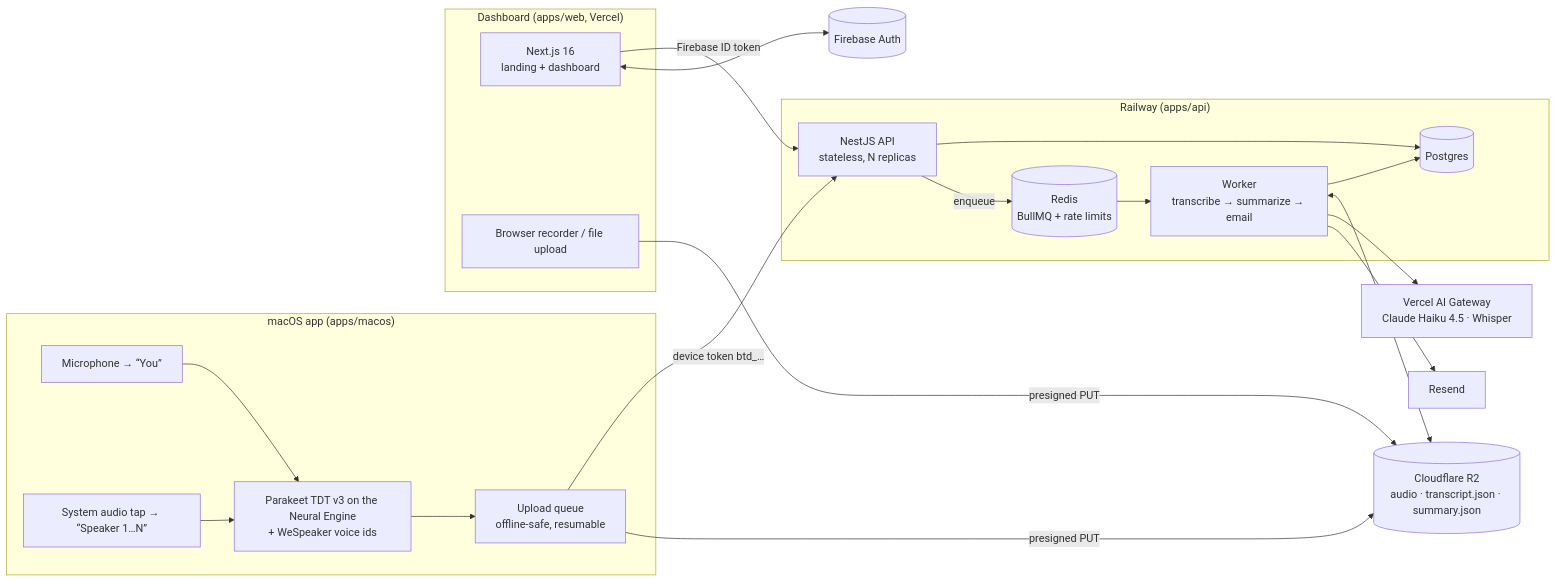
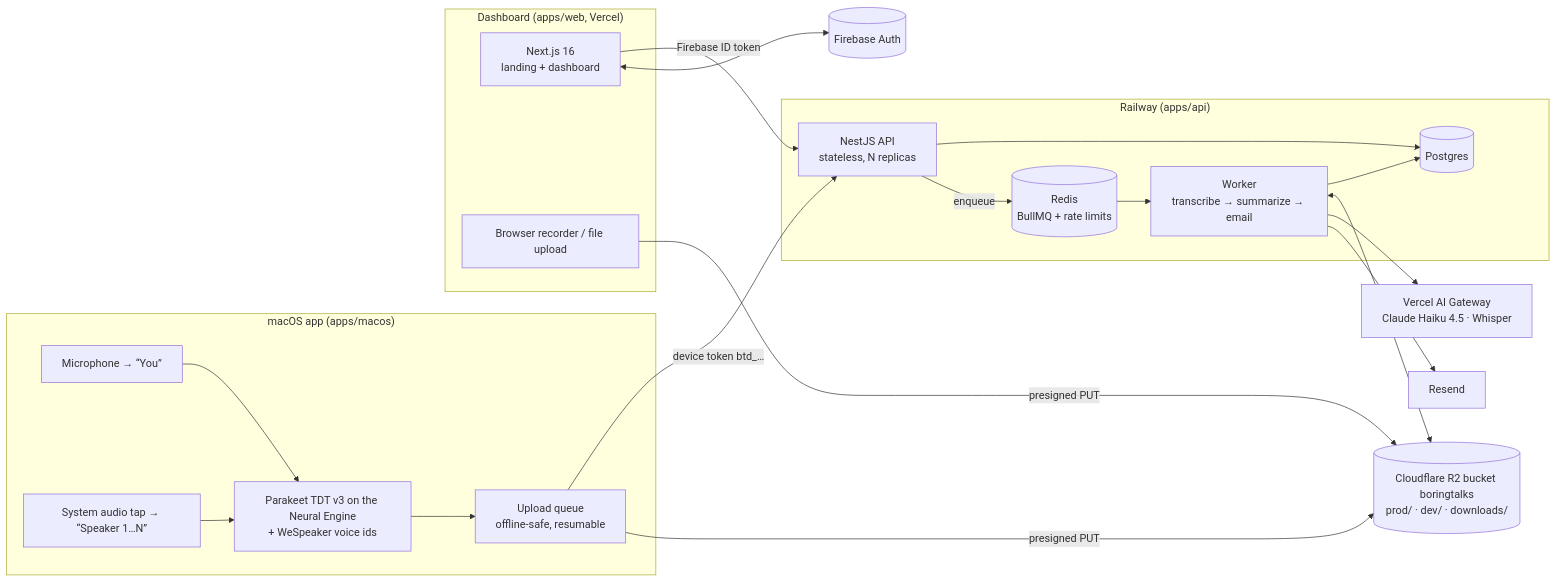
Before and after one commit to jfkz/fireflies-tech-challenge: the first of 2 diagrams in docs/ARCHITECTURE.md, drawn with Mermaid. The commit also changed other lines of this file and 12 other files, not shown here.

Commit message:
One R2 bucket for everything: prod/, dev/ and downloads/ prefixes

````diff
--- a/docs/ARCHITECTURE.md
+++ b/docs/ARCHITECTURE.md
@@ -6,43 +6,43 @@
 ```mermaid
 flowchart LR
   subgraph Mac["macOS app (apps/macos)"]
     mic[Microphone → “You”]
     sys[System audio tap → “Speaker 1…N”]
     asr[Parakeet TDT v3 on the Neural Engine<br/>+ WeSpeaker voice ids]
     q[Upload queue<br/>offline-safe, resumable]
     mic --> asr
     sys --> asr
     asr --> q
   end
 
   subgraph Web["Dashboard (apps/web, Vercel)"]
     ui[Next.js 16<br/>landing + dashboard]
     rec[Browser recorder / file upload]
   end
 
   fb[(Firebase Auth)]
-  r2[(Cloudflare R2<br/>audio · transcript.json · summary.json)]
+  r2[(Cloudflare R2 bucket boringtalks<br/>prod/ · dev/ · downloads/)]
 
   subgraph Railway["Railway (apps/api)"]
     api[NestJS API<br/>stateless, N replicas]
     pg[(Postgres)]
     redis[(Redis<br/>BullMQ + rate limits)]
     worker[Worker<br/>transcribe → summarize → email]
   end
 
   gw[Vercel AI Gateway<br/>Claude Haiku 4.5 · Whisper]
   resend[Resend]
 
   ui -- Firebase ID token --> api
   ui <--> fb
   q -- device token btd_… --> api
   q -- presigned PUT --> r2
   rec -- presigned PUT --> r2
   api --> pg
   api -- enqueue --> redis
   redis --> worker
   worker --> pg
   worker <--> r2
   worker --> gw
   worker --> resend
 ```
````
